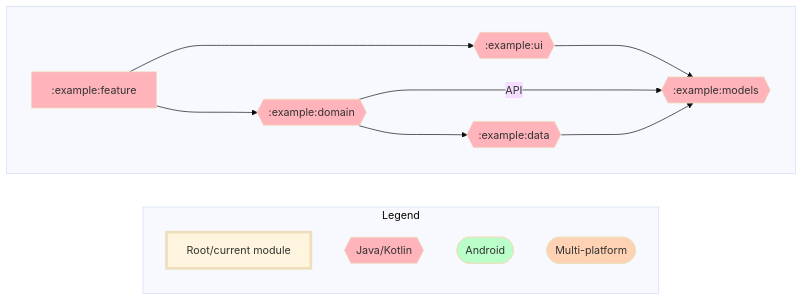
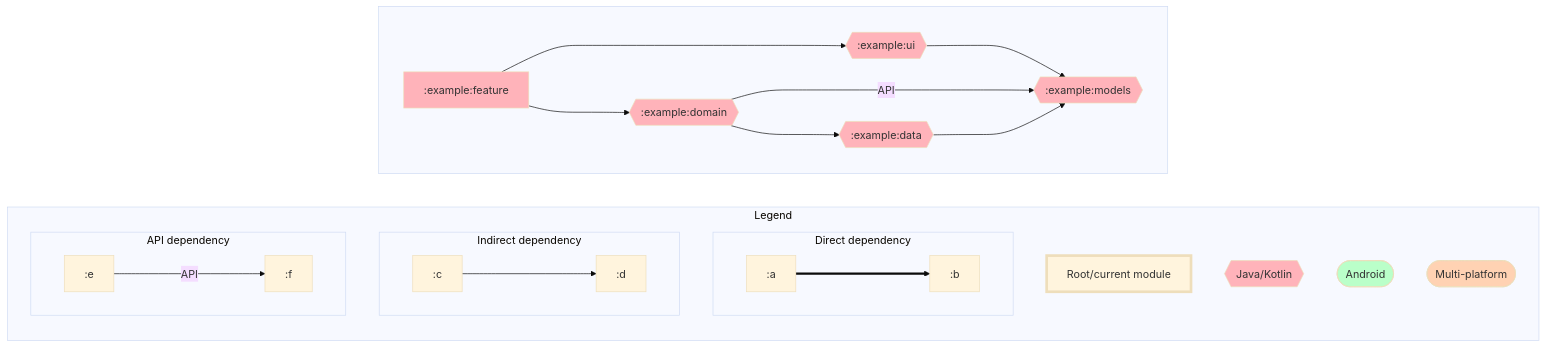
One commit to adityabhaskar/Gradle-dependency-graphs changed the diagram in dependencyGraph.md. Above: the diagram before and after it, drawn with Mermaid. The commit also changed 1 other file, not shown here.

Commit message:
Add connection types to LegendText

````diff
--- a/dependencyGraph.md
+++ b/dependencyGraph.md
@@ -1,46 +1,58 @@
 ```mermaid
 %%{ init: { 'theme': 'base' } }%%
 graph LR;
 
 %% Styling for module nodes by type
 classDef rootNode stroke-width:4px;
 classDef mppNode fill:#ffd2b3;
 classDef andNode fill:#baffc9;
 classDef javaNode fill:#ffb3ba;
 
 %% Graph types
 subgraph Legend
   direction TB;
   rootNode[Root/current module]:::rootNode;
   javaNode{{Java/Kotlin}}:::javaNode;
   andNode([Android]):::andNode;
   mppNode([Multi-platform]):::mppNode;
+  subgraph Direct dependency
+    direction LR;
+    :a===>:b
+  end
+  subgraph Indirect dependency
+    direction LR;
+    :c--->:d
+  end
+  subgraph API dependency
+    direction LR;
+    :e--API--->:f
+  end
 end
 
 %% Modules
 subgraph  
   direction LR;
   :example:data{{:example:data}}:::javaNode;
   :example:domain{{:example:domain}}:::javaNode;
   :example:feature[:example:feature]:::javaNode;
   :example:models{{:example:models}}:::javaNode;
   :example:ui{{:example:ui}}:::javaNode;
 end
 
 %% Dependencies
 :example:data--->:example:models
 :example:feature--->:example:ui
 :example:feature--->:example:domain
 :example:ui--->:example:models
 :example:domain--API--->:example:models
 :example:domain--->:example:data
 
 %% Dependents
 
 %% Click interactions
 click :example:data https://github.com/adityabhaskar/Project-Dependency-Graph/blob/main/example/data/dependencyGraph.md
 click :example:domain https://github.com/adityabhaskar/Project-Dependency-Graph/blob/main/example/domain/dependencyGraph.md
 click :example:feature https://github.com/adityabhaskar/Project-Dependency-Graph/blob/main/example/feature/dependencyGraph.md
 click :example:models https://github.com/adityabhaskar/Project-Dependency-Graph/blob/main/example/models/dependencyGraph.md
 click :example:ui https://github.com/adityabhaskar/Project-Dependency-Graph/blob/main/example/ui/dependencyGraph.md
 ```
````
